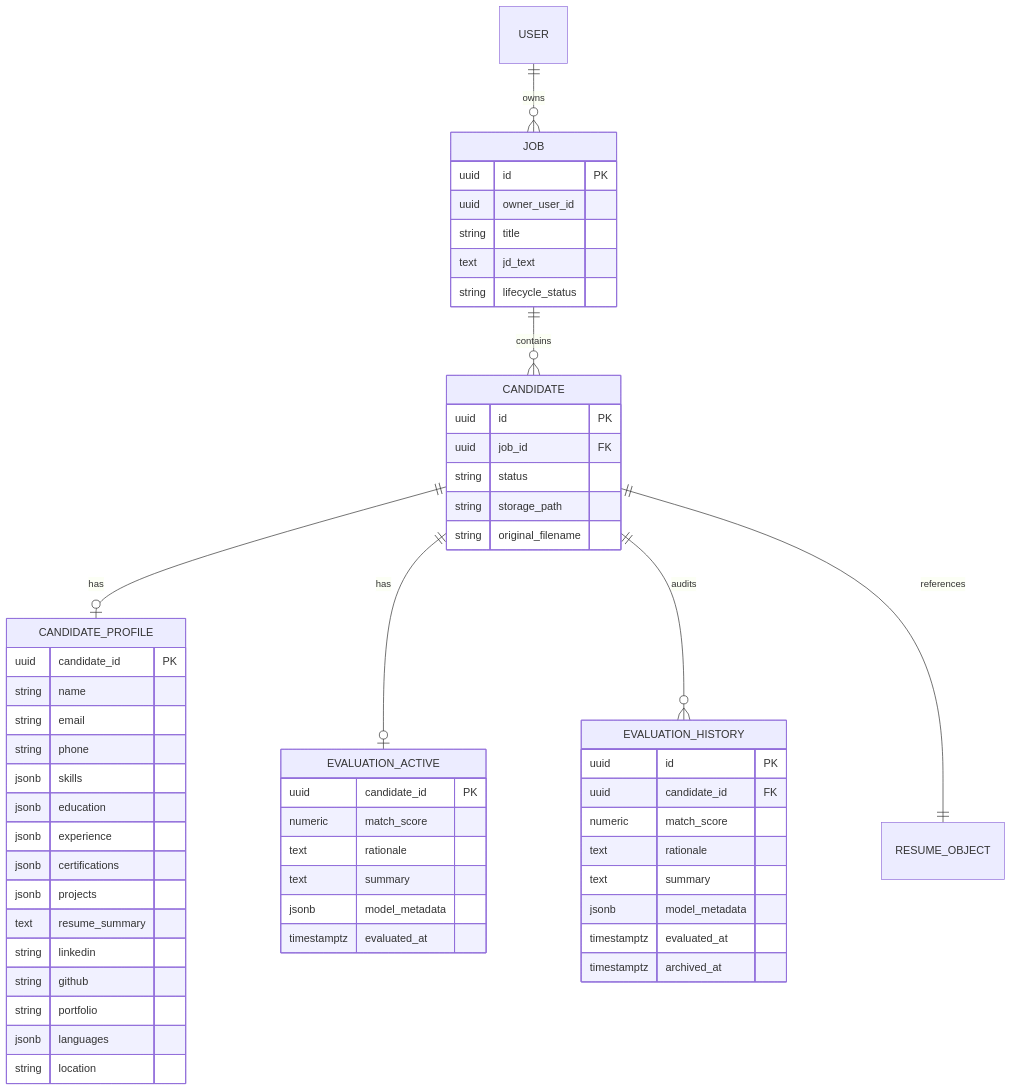
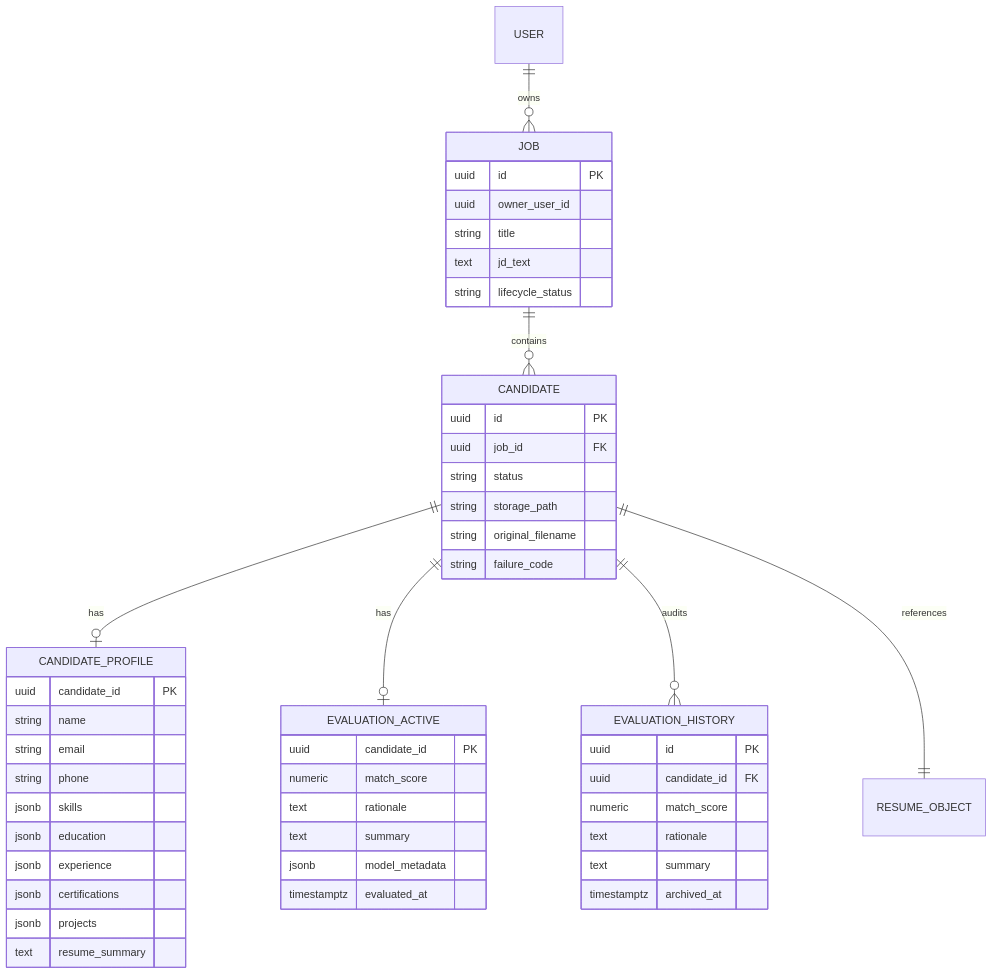
Diagram 11 of 17 in docs/02-design/04-System-Design-Document.md (VishnuVardhan-CH-2022/resume-rank-ai-dev), drawn with Mermaid before and after one commit. The commit also changed other lines of this file and 4 other files, not shown here.

````diff
--- a/docs/02-design/04-System-Design-Document.md
+++ b/docs/02-design/04-System-Design-Document.md
@@ -695,59 +730,53 @@
 ```mermaid
 erDiagram
   USER ||--o{ JOB : owns
   JOB ||--o{ CANDIDATE : contains
   CANDIDATE ||--o| CANDIDATE_PROFILE : has
   CANDIDATE ||--o| EVALUATION_ACTIVE : has
   CANDIDATE ||--o{ EVALUATION_HISTORY : audits
   CANDIDATE ||--|| RESUME_OBJECT : references
 
   JOB {
     uuid id PK
     uuid owner_user_id
     string title
     text jd_text
     string lifecycle_status
   }
   CANDIDATE {
     uuid id PK
     uuid job_id FK
     string status
     string storage_path
     string original_filename
+    string failure_code
   }
   CANDIDATE_PROFILE {
     uuid candidate_id PK
     string name
     string email
     string phone
     jsonb skills
     jsonb education
     jsonb experience
     jsonb certifications
     jsonb projects
     text resume_summary
-    string linkedin
-    string github
-    string portfolio
-    jsonb languages
-    string location
   }
   EVALUATION_ACTIVE {
     uuid candidate_id PK
     numeric match_score
     text rationale
     text summary
     jsonb model_metadata
     timestamptz evaluated_at
   }
   EVALUATION_HISTORY {
     uuid id PK
     uuid candidate_id FK
     numeric match_score
     text rationale
     text summary
-    jsonb model_metadata
-    timestamptz evaluated_at
     timestamptz archived_at
   }
 ```
````
